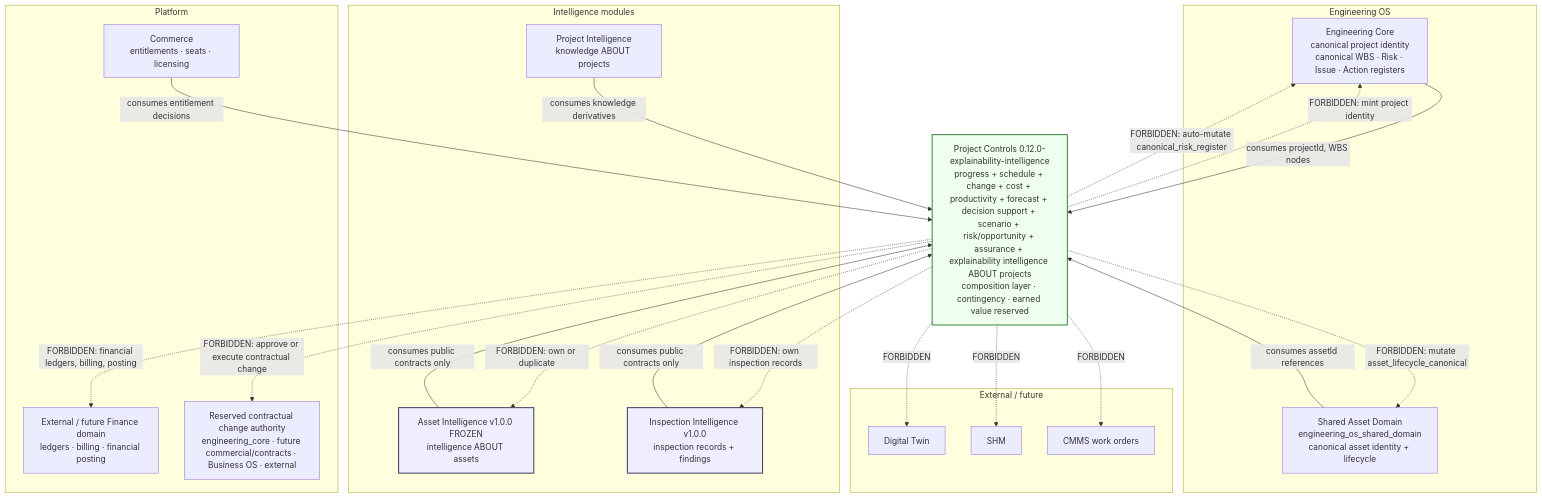
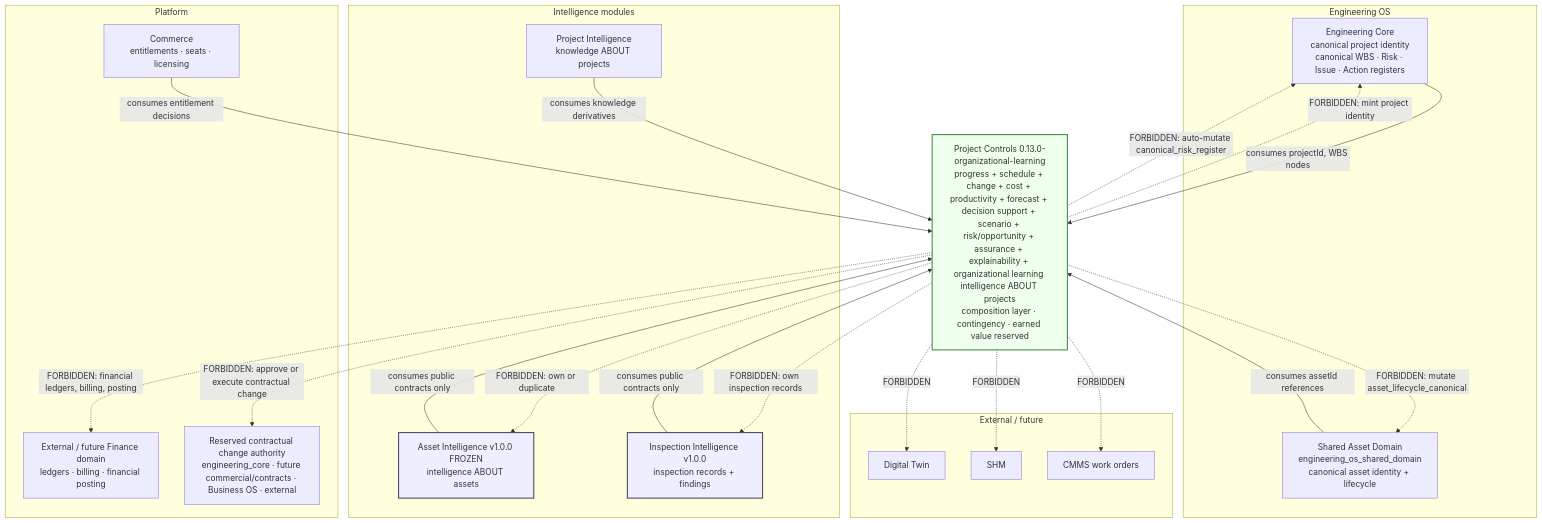
Before and after one commit to sberso2026/AI-Platform: the diagram in docs/architecture/PROJECT_CONTROLS_BOUNDARY_MAP.md, drawn with Mermaid. The commit also changed other lines of this file and 42 other files, not shown here.

Commit message:
Implement Phase 11M organizational learning intelligence with governed historical pattern references.

````diff
--- a/docs/architecture/PROJECT_CONTROLS_BOUNDARY_MAP.md
+++ b/docs/architecture/PROJECT_CONTROLS_BOUNDARY_MAP.md
@@ -11,50 +11,50 @@
 ```mermaid
 flowchart TB
   subgraph EOS["Engineering OS"]
     CORE["Engineering Core<br/>canonical project identity<br/>canonical WBS · Risk · Issue · Action registers"]
     SHARED["Shared Asset Domain<br/>engineering_os_shared_domain<br/>canonical asset identity + lifecycle"]
   end
 
   subgraph MODULES["Intelligence modules"]
     PI["Project Intelligence<br/>knowledge ABOUT projects"]
     AI["Asset Intelligence v1.0.0 FROZEN<br/>intelligence ABOUT assets"]
     II["Inspection Intelligence v1.0.0<br/>inspection records + findings"]
   end
 
   subgraph PLATFORM["Platform"]
     COMMERCE["Commerce<br/>entitlements · seats · licensing"]
     FINANCE["External / future Finance domain<br/>ledgers · billing · financial posting"]
     CONTRACTS["Reserved contractual change authority<br/>engineering_core · future commercial/contracts · Business OS · external"]
   end
 
   subgraph EXTERNAL["External / future"]
     TWIN["Digital Twin"]
     SHM["SHM"]
     CMMS["CMMS work orders"]
   end
 
-  PC["Project Controls 0.12.0-explainability-intelligence<br/>progress + schedule + change + cost + productivity + forecast + decision support + scenario + risk/opportunity + assurance + explainability intelligence ABOUT projects<br/>composition layer · contingency · earned value reserved"]
+  PC["Project Controls 0.13.0-organizational-learning<br/>progress + schedule + change + cost + productivity + forecast + decision support + scenario + risk/opportunity + assurance + explainability + organizational learning intelligence ABOUT projects<br/>composition layer · contingency · earned value reserved"]
 
   CORE -->|consumes projectId, WBS nodes| PC
   PI -->|consumes knowledge derivatives| PC
   AI -->|consumes public contracts only| PC
   II -->|consumes public contracts only| PC
   COMMERCE -->|consumes entitlement decisions| PC
   SHARED -->|consumes assetId references| PC
 
   PC -.->|FORBIDDEN: mint project identity| CORE
   PC -.->|FORBIDDEN: auto-mutate canonical_risk_register| CORE
   PC -.->|FORBIDDEN: mutate asset_lifecycle_canonical| SHARED
   PC -.->|FORBIDDEN: own or duplicate| AI
   PC -.->|FORBIDDEN: own inspection records| II
   PC -.->|FORBIDDEN: financial ledgers, billing, posting| FINANCE
   PC -.->|FORBIDDEN: approve or execute contractual change| CONTRACTS
   PC -.->|FORBIDDEN| TWIN
   PC -.->|FORBIDDEN| SHM
   PC -.->|FORBIDDEN| CMMS
 
   classDef frozen fill:#eef,stroke:#446,stroke-width:2px;
   classDef pc fill:#efe,stroke:#484,stroke-width:2px;
   class AI,II frozen;
   class PC pc;
 ```
````
